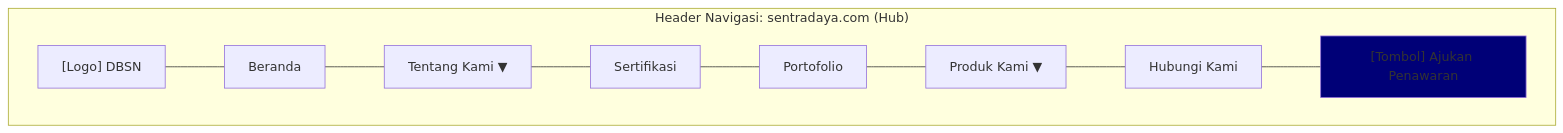
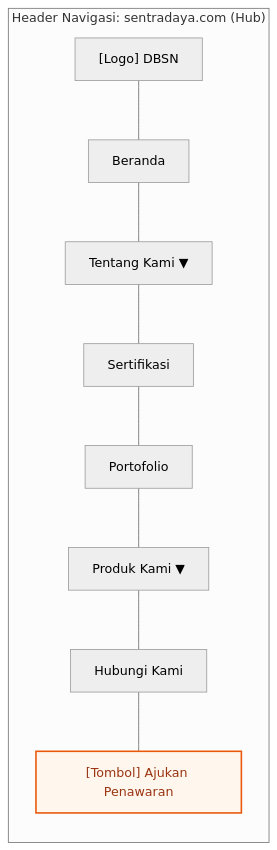
Before and after one commit to pampam666/awesome-website-test: the first of 3 diagrams in .taskmaster/docs/information-architecture/ia-strategy-navigation.md, drawn with Mermaid. The commit also changed other lines of this file and 7 other files, not shown here.

Commit message:
docs: initialize information architecture and project requirement documentation for digital ecosystem platform

````diff
--- a/.taskmaster/docs/information-architecture/ia-strategy-navigation.md
+++ b/.taskmaster/docs/information-architecture/ia-strategy-navigation.md
@@ -42,19 +42,23 @@
 ```mermaid
-flowchart TB
+---
+config:
+  layout: dagre
+  theme: neutral
+---
+flowchart LR
+    classDef entry fill:#fef3c7,stroke:#d97706,stroke-width:2px,color:#92400e
+    classDef conversion fill:#fff7ed,stroke:#ea580c,stroke-width:2px,color:#9a3412
+
  subgraph HEADER_HUB["Header Navigasi: sentradaya.com (Hub)"]
-    direction LR
         H_LOGO["[Logo] DBSN"]
         H_NAV1["Beranda"]
         H_NAV2["Tentang Kami ▼"]
         H_NAV3["Sertifikasi"]
         H_NAV4["Portofolio"]
         H_NAV5["Produk Kami ▼"]
         H_NAV6["Hubungi Kami"]
         H_CTA["[Tombol] Ajukan Penawaran"]
  end
-
-    %% Mengunci urutan layout dari kiri ke kanan
     H_LOGO --- H_NAV1 --- H_NAV2 --- H_NAV3 --- H_NAV4 --- H_NAV5 --- H_NAV6 --- H_CTA
-
-    style H_CTA fill:#007
+    class H_CTA conversion
 ```
````
